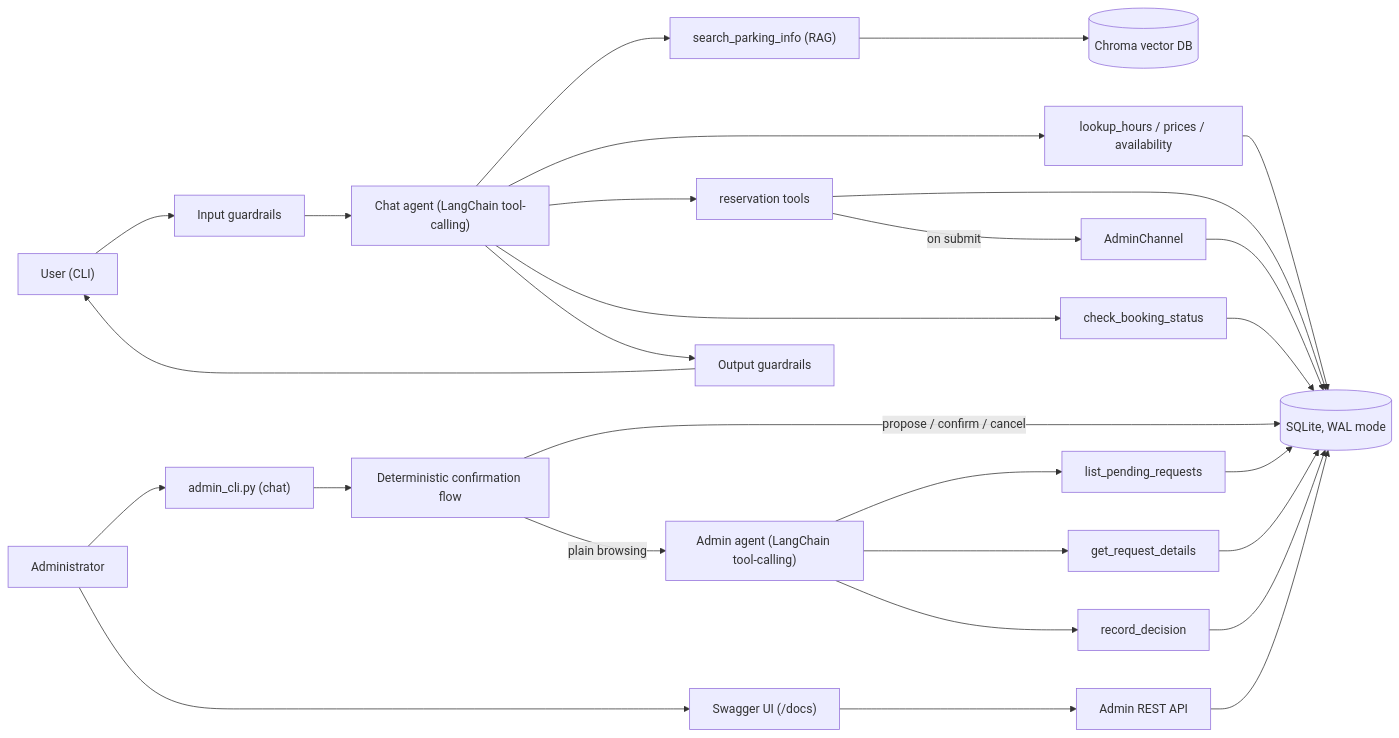
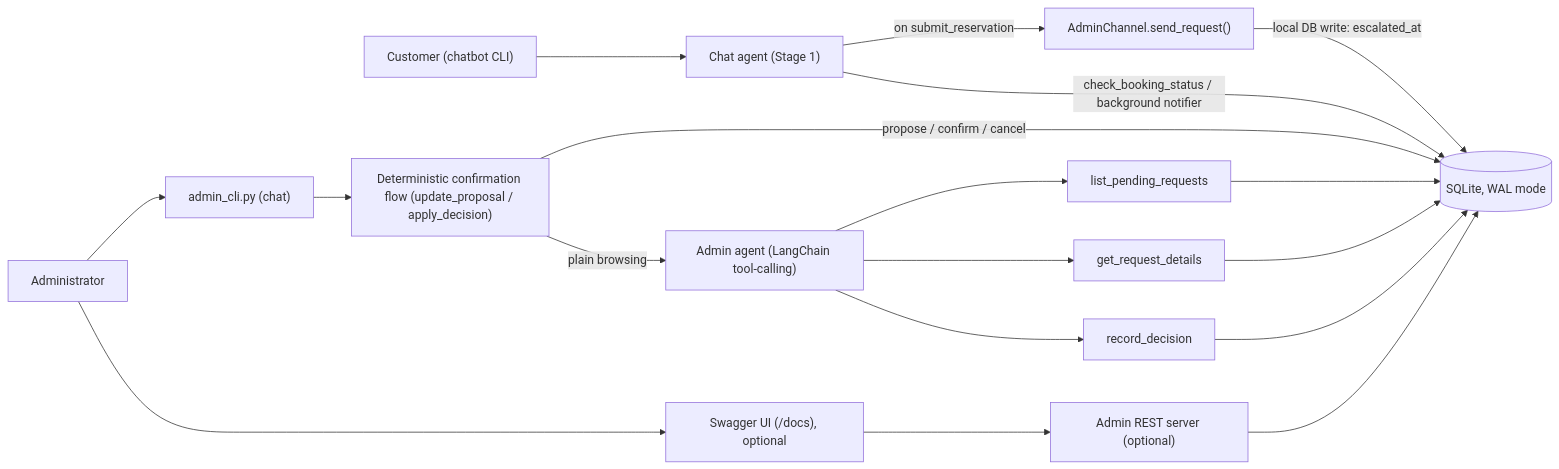
One commit to Gorisha2004/parking_chatbot changed the diagram in README.md. Above: the diagram before and after it, drawn with Mermaid. The commit also changed other lines of this file and 6 other files, not shown here.

````diff
--- a/README.md
+++ b/README.md
@@ -39,31 +29,21 @@
 ```mermaid
 flowchart LR
-    U["User (CLI)"] --> IG["Input guardrails"]
-    IG --> A["Chat agent (LangChain tool-calling)"]
-    A --> T1["search_parking_info (RAG)"]
-    A --> T2["lookup_hours / prices / availability"]
-    A --> T3["reservation tools"]
-    A --> T4["check_booking_status"]
-    T1 --> C[("Chroma vector DB")]
-    T2 --> S[("SQLite, WAL mode")]
-    T3 --> S
-    T4 --> S
-    T3 -->|"on submit"| CH["AdminChannel"]
-    CH --> S
-    A --> OG["Output guardrails"]
-    OG --> U
+    U["Customer (chatbot CLI)"] --> A["Chat agent (Stage 1)"]
+    A -->|"on submit_reservation"| CH["AdminChannel.send_request()"]
+    CH -->|"local DB write: escalated_at"| S[("SQLite, WAL mode")]
+    A -->|"check_booking_status / background notifier"| S
 
     Admin["Administrator"] --> ACLI["admin_cli.py (chat)"]
-    Admin --> Docs["Swagger UI (/docs)"]
-    ACLI --> DET["Deterministic confirmation flow"]
+    Admin --> Docs["Swagger UI (/docs), optional"]
+    ACLI --> DET["Deterministic confirmation flow (update_proposal / apply_decision)"]
     DET -->|"propose / confirm / cancel"| S
     DET -->|"plain browsing"| AA["Admin agent (LangChain tool-calling)"]
     AA --> AT1["list_pending_requests"]
     AA --> AT2["get_request_details"]
     AA --> AT3["record_decision"]
     AT1 --> S
     AT2 --> S
     AT3 --> S
-    Docs --> API["Admin REST API"]
+    Docs --> API["Admin REST server (optional)"]
     API --> S
 ```
````
